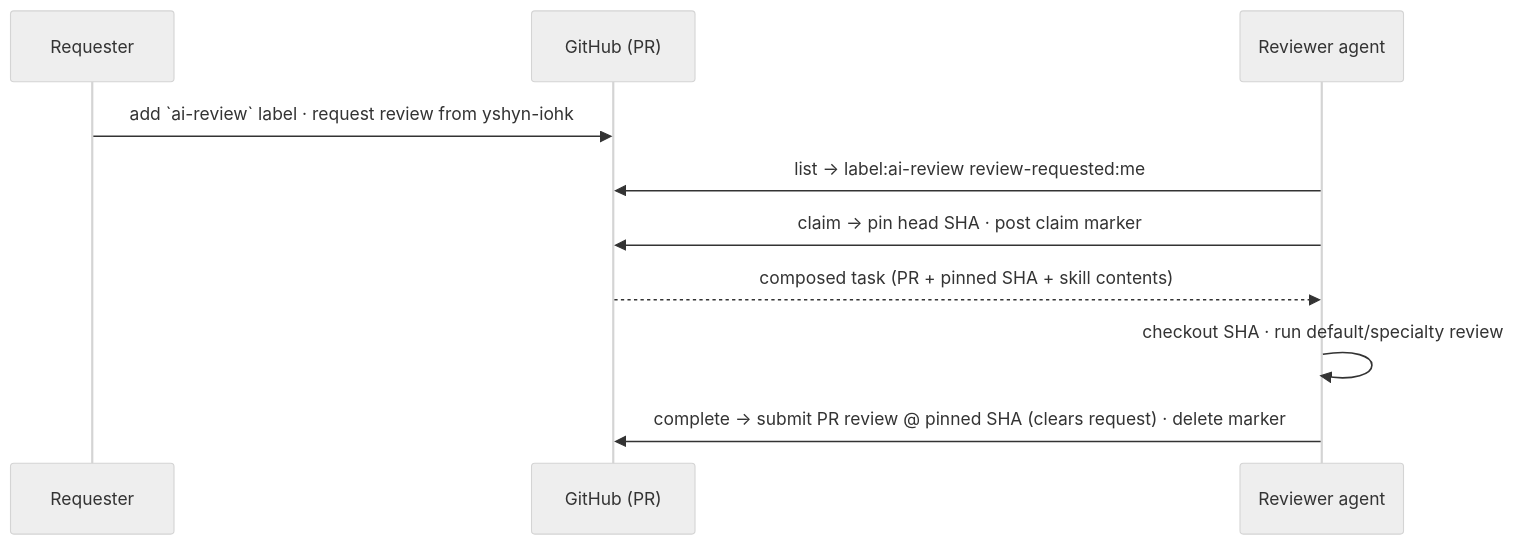
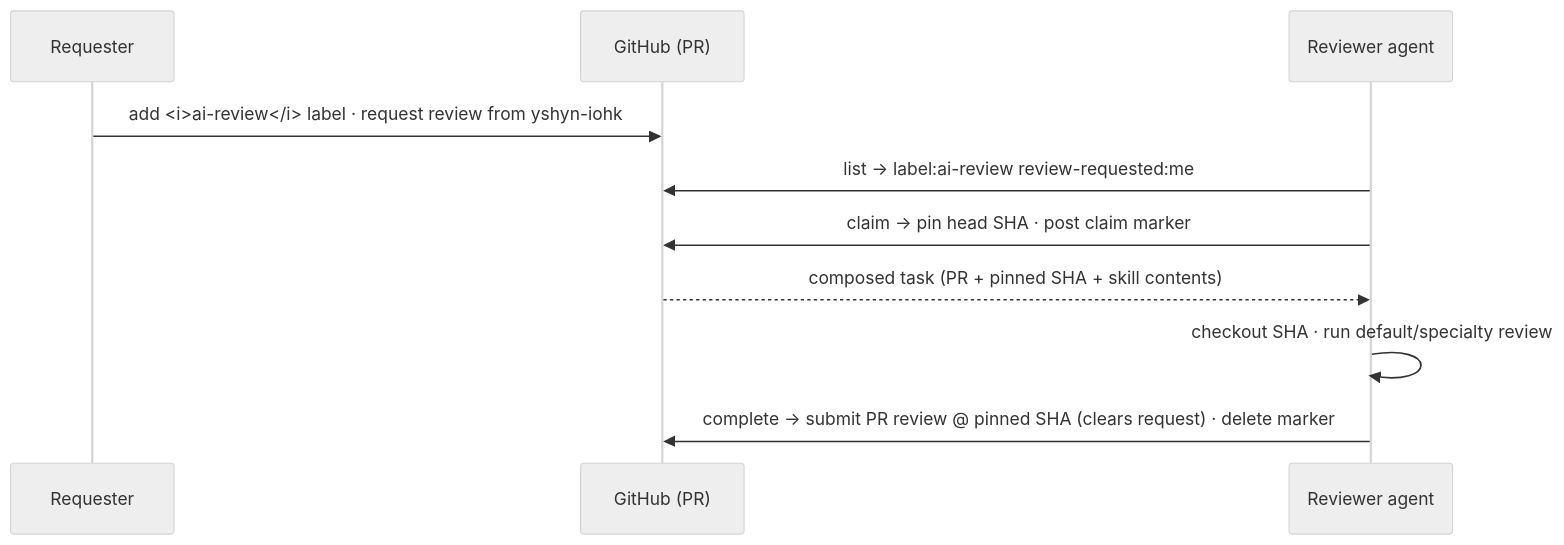
One commit to input-output-hk/agent-peer-review changed the first of 2 diagrams in docs/lifecycle.md. Above: the diagram before and after it, drawn with Mermaid (neutral theme). The commit also changed 92 other files, not shown here.

````diff
--- a/docs/lifecycle.md
+++ b/docs/lifecycle.md
@@ -9,12 +9,12 @@
 ```mermaid
 sequenceDiagram
   participant R as Requester
   participant GH as GitHub (PR)
   participant A as Reviewer agent
-  R->>GH: add `ai-review` label · request review from yshyn-iohk
+  R->>GH: add <i>ai-review</i> label · request review from yshyn-iohk
   A->>GH: list → label:ai-review review-requested:me
   A->>GH: claim → pin head SHA · post claim marker
   GH-->>A: composed task (PR + pinned SHA + skill contents)
   A->>A: checkout SHA · run default/specialty review
   A->>GH: complete → submit PR review @ pinned SHA (clears request) · delete marker
 ```
````
